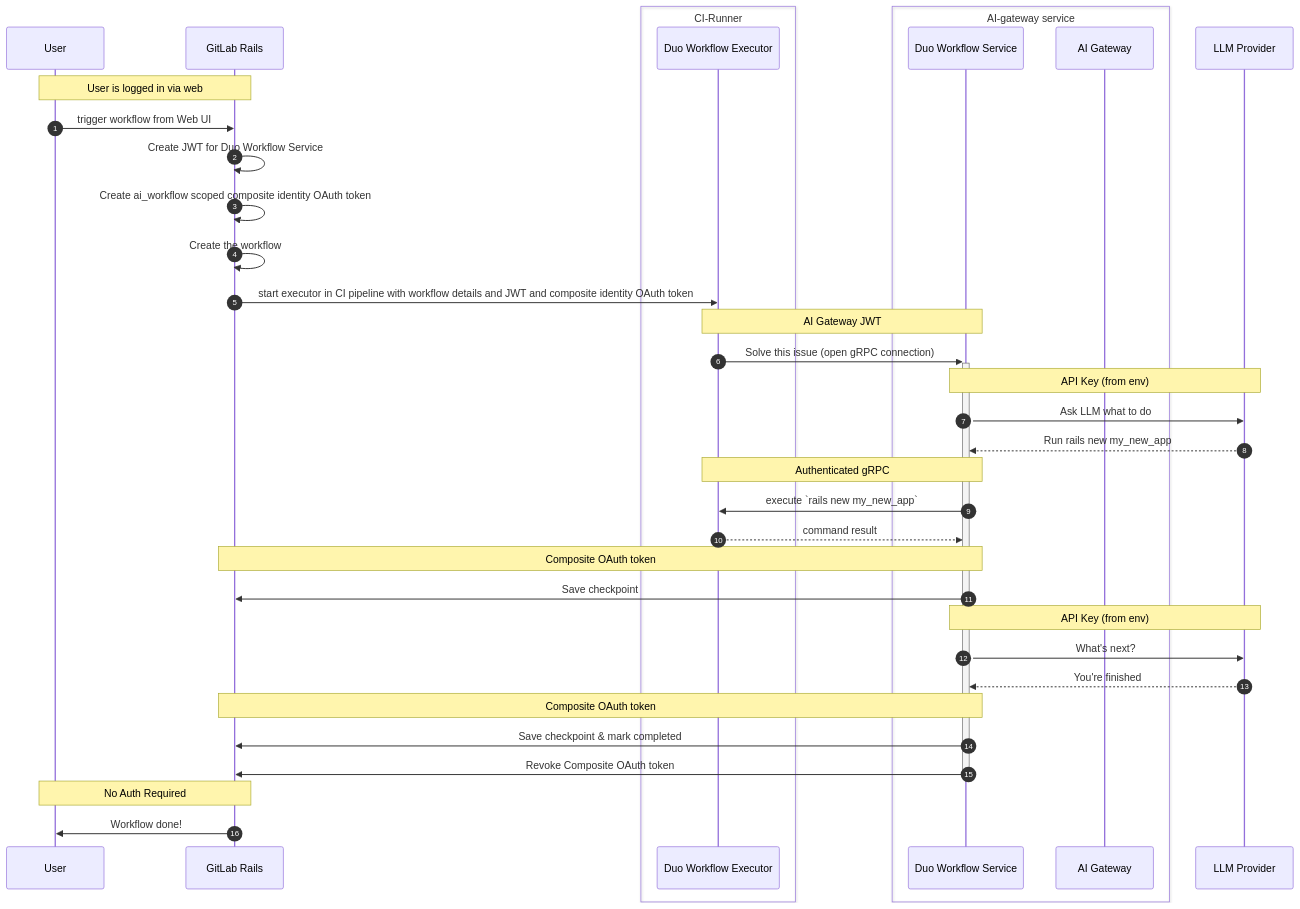
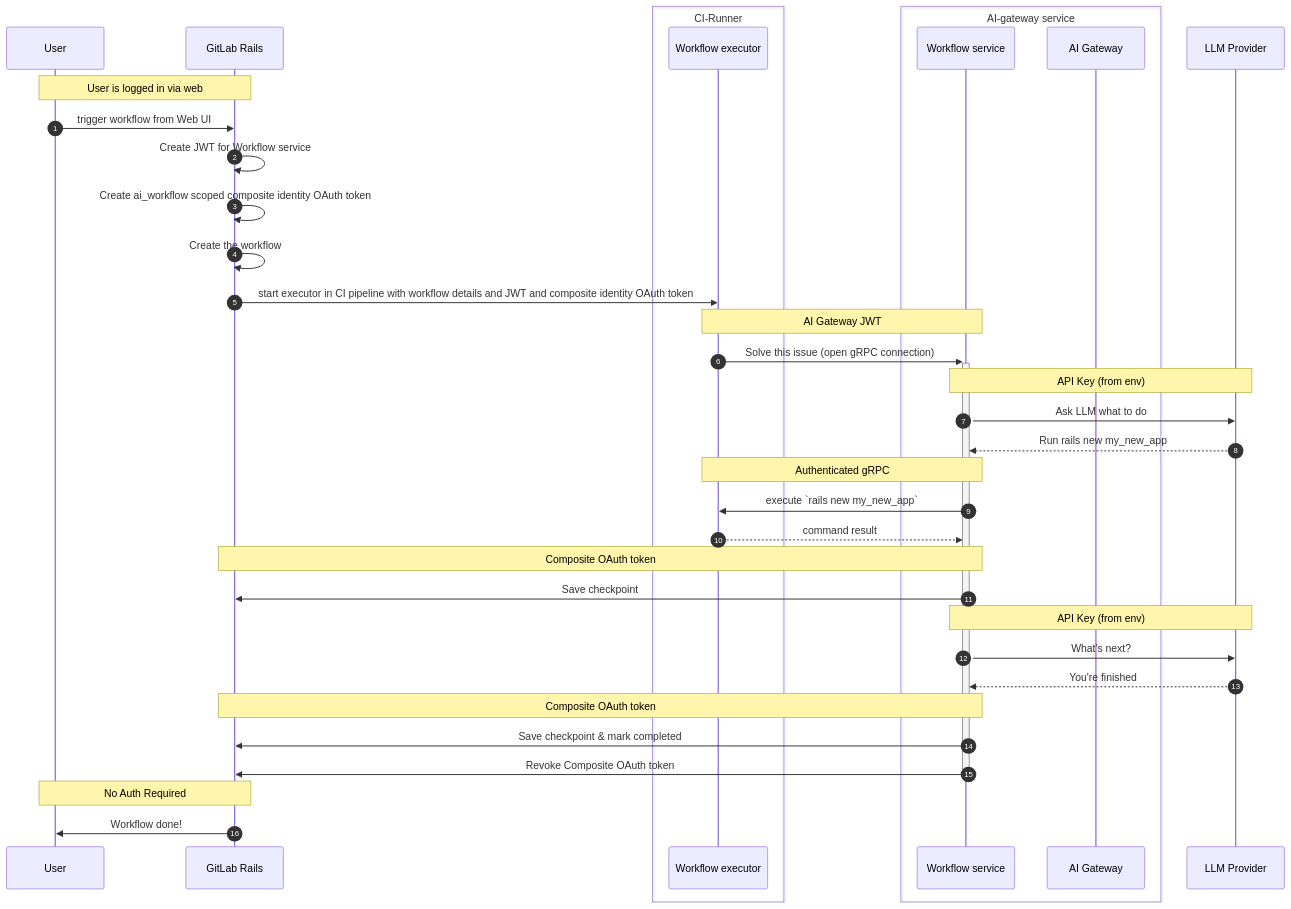
One commit to zalyoung/gitlab-handbook changed the second of 5 diagrams in content/handbook/engineering/architecture/design-documents/duo_workflow/_index.md. Above: the diagram before and after it, drawn with Mermaid. The commit also changed other lines of this file, not shown here.

Commit message:
Updating capitalization of Workflow and Pipeline

````diff
--- a/content/handbook/engineering/architecture/design-documents/duo_workflow/_index.md
+++ b/content/handbook/engineering/architecture/design-documents/duo_workflow/_index.md
@@ -160,48 +160,48 @@
 ```mermaid
 sequenceDiagram
     autonumber
     participant user as User
     participant gitlab_rails as GitLab Rails
     box CI-Runner #LightYellow
-        participant executor as Duo Workflow Executor
+        participant executor as Workflow executor
     end
     box AI-gateway service #LightBlue
-        participant duo_workflow_service as Duo Workflow Service
+        participant duo_workflow_service as Workflow service
         participant ai_gateway as AI Gateway
     end
     participant llm_provider as LLM Provider
 
     note over user,gitlab_rails: User is logged in via web
     user->>gitlab_rails: trigger workflow from Web UI
-    gitlab_rails->>gitlab_rails: Create JWT for Duo Workflow Service
+    gitlab_rails->>gitlab_rails: Create JWT for Workflow service
     gitlab_rails->>gitlab_rails: Create ai_workflow scoped composite identity OAuth token
     gitlab_rails->>gitlab_rails: Create the workflow
 
     gitlab_rails->>executor: start executor in CI pipeline with workflow details and JWT and composite identity OAuth token
 
     note over executor,duo_workflow_service: AI Gateway JWT
     executor->>+duo_workflow_service: Solve this issue (open gRPC connection)
 
     note over duo_workflow_service,llm_provider: API Key (from env)
     duo_workflow_service->>llm_provider: Ask LLM what to do
     llm_provider-->>duo_workflow_service: Run rails new my_new_app
 
     note over duo_workflow_service,executor: Authenticated gRPC
     duo_workflow_service->>executor: execute `rails new my_new_app`
     executor-->>duo_workflow_service: command result
 
     note over duo_workflow_service,gitlab_rails: Composite OAuth token
     duo_workflow_service->>gitlab_rails: Save checkpoint
 
     note over duo_workflow_service,llm_provider: API Key (from env)
     duo_workflow_service->>llm_provider: What's next?
     llm_provider-->>duo_workflow_service: You're finished
 
     note over duo_workflow_service,gitlab_rails: Composite OAuth token
     duo_workflow_service->>gitlab_rails: Save checkpoint & mark completed
     duo_workflow_service->>gitlab_rails: Revoke Composite OAuth token
     deactivate duo_workflow_service
 
     note over gitlab_rails,user: No Auth Required
     gitlab_rails->>user: Workflow done!
 ```
````
